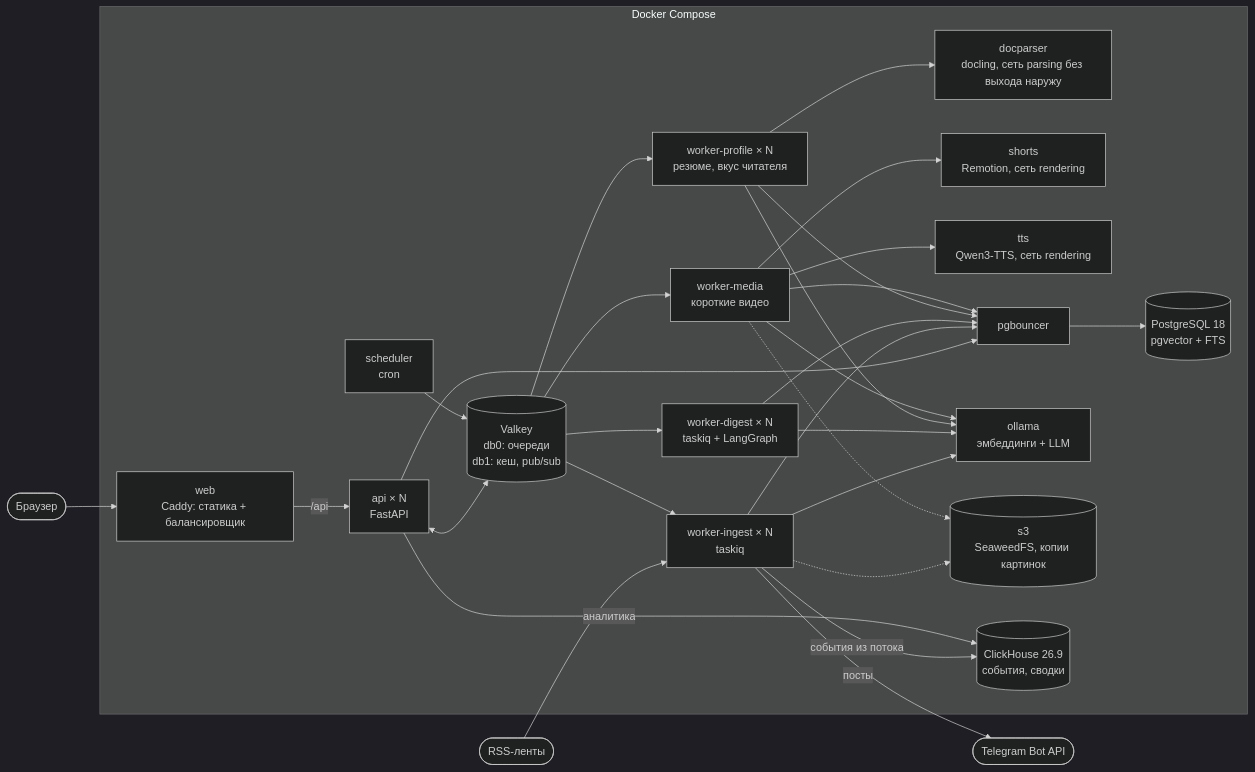
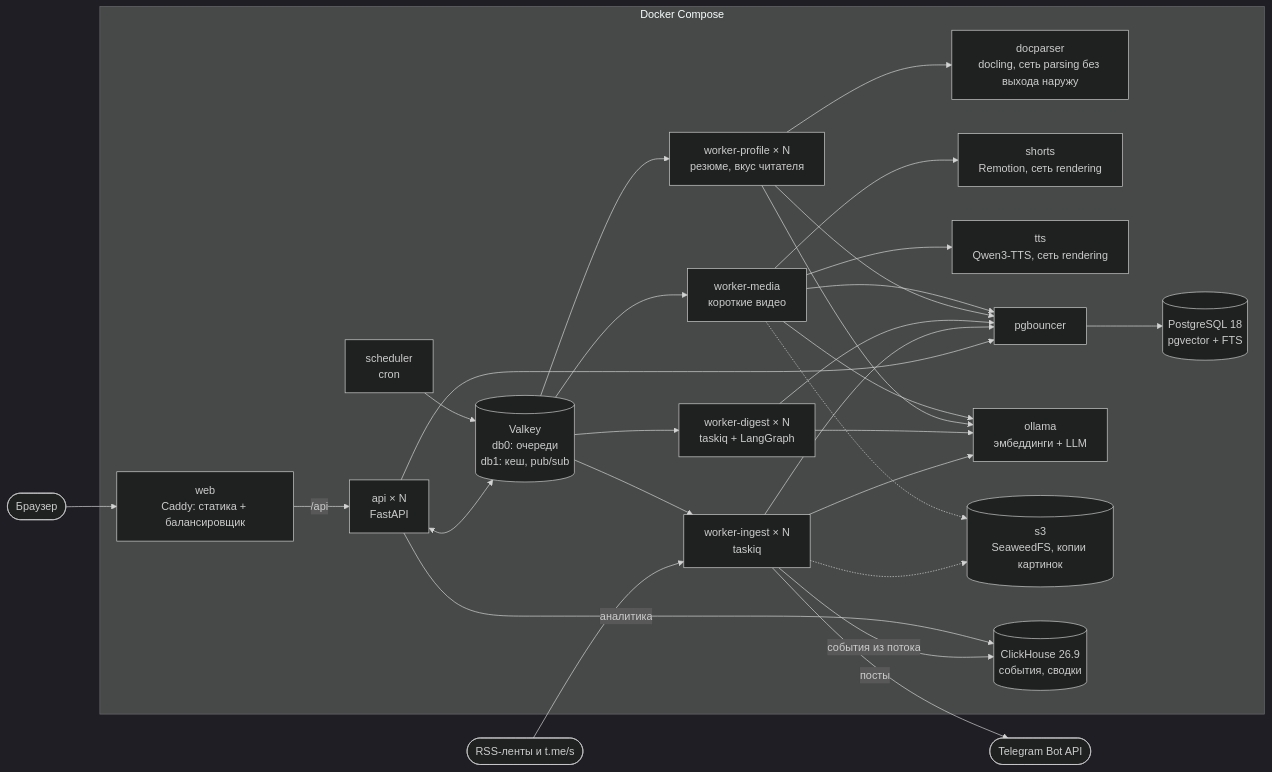
Before and after one commit to verikirill/scrap-and-grep: the first of 7 diagrams in docs/ARCHITECTURE.md, drawn with Mermaid (dark theme). The commit also changed other lines of this file and 3 other files, not shown here.

````diff
--- a/docs/ARCHITECTURE.md
+++ b/docs/ARCHITECTURE.md
@@ -7,49 +7,49 @@
 ```mermaid
 flowchart LR
     browser([Браузер]) --> web
 
     subgraph stack[Docker Compose]
         web[web<br/>Caddy: статика + балансировщик]
         api[api × N<br/>FastAPI]
         wi[worker-ingest × N<br/>taskiq]
         wd[worker-digest × N<br/>taskiq + LangGraph]
         wp[worker-profile × N<br/>резюме, вкус читателя]
         dp[docparser<br/>docling, сеть parsing без выхода наружу]
         wm[worker-media<br/>короткие видео]
         sh[shorts<br/>Remotion, сеть rendering]
         tts[tts<br/>Qwen3-TTS, сеть rendering]
         sch[scheduler<br/>cron]
         bouncer[pgbouncer]
         pg[(PostgreSQL 18<br/>pgvector + FTS)]
         vk[(Valkey<br/>db0: очереди<br/>db1: кеш, pub/sub)]
         ollama[ollama<br/>эмбеддинги + LLM]
         s3[(s3<br/>SeaweedFS, копии картинок)]
         ch[(ClickHouse 26.9<br/>события, сводки)]
     end
 
-    feeds([RSS-ленты]) --> wi
+    feeds([RSS-ленты и t.me/s]) --> wi
     wi -- посты --> tg([Telegram Bot API])
     web -- /api --> api
     api --> bouncer --> pg
     api <--> vk
     sch --> vk
     vk --> wi
     vk --> wd
     vk --> wp
     wi --> bouncer
     wd --> bouncer
     wp --> bouncer
     wp --> dp
     vk --> wm
     wm --> bouncer
     wm --> sh
     wm --> tts
     wi --> ollama
     wd --> ollama
     wp --> ollama
     wm --> ollama
     wi -.-> s3
     wm -.-> s3
     wi -- события из потока --> ch
     api -- аналитика --> ch
 ```
````
